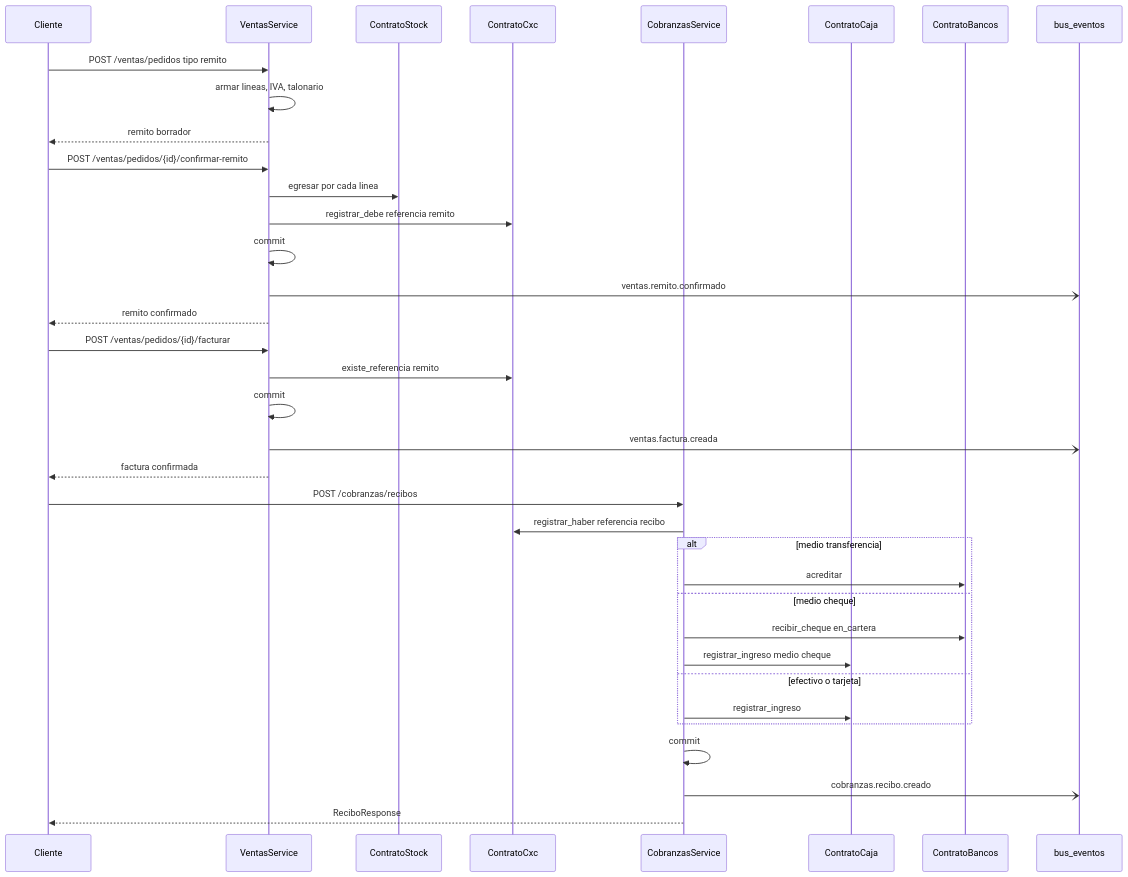
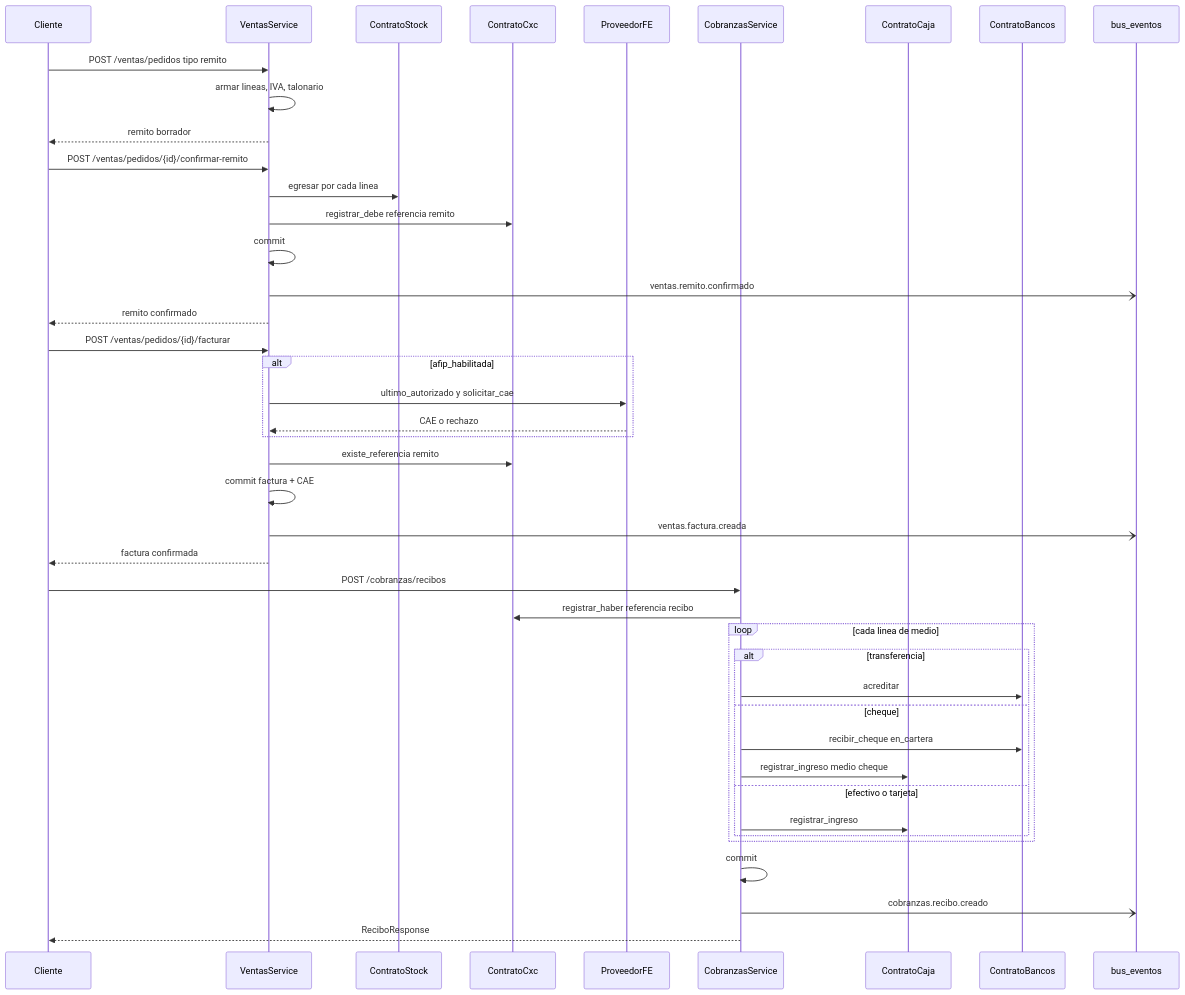
The diagram in docs/diagramas/cadena-venta-cobro.md (estsan3/ventas360-api), drawn with Mermaid before and after one commit. The commit also changed other lines of this file and 10 other files, not shown here.

First line of the commit message:
docs: actualizar diagramas de secuencia por módulo

````diff
--- a/docs/diagramas/cadena-venta-cobro.md
+++ b/docs/diagramas/cadena-venta-cobro.md
@@ -8,42 +8,49 @@
 ```mermaid
 sequenceDiagram
     participant Cliente
     participant Ventas as VentasService
     participant Stock as ContratoStock
     participant Cxc as ContratoCxc
+    participant FE as ProveedorFE
     participant Cobranzas as CobranzasService
     participant Caja as ContratoCaja
     participant Bancos as ContratoBancos
     participant Bus as bus_eventos
 
     Cliente->>Ventas: POST /ventas/pedidos tipo remito
     Ventas->>Ventas: armar lineas, IVA, talonario
     Ventas-->>Cliente: remito borrador
 
     Cliente->>Ventas: POST /ventas/pedidos/{id}/confirmar-remito
     Ventas->>Stock: egresar por cada linea
     Ventas->>Cxc: registrar_debe referencia remito
     Ventas->>Ventas: commit
     Ventas-)Bus: ventas.remito.confirmado
     Ventas-->>Cliente: remito confirmado
 
     Cliente->>Ventas: POST /ventas/pedidos/{id}/facturar
+    alt afip_habilitada
+        Ventas->>FE: ultimo_autorizado y solicitar_cae
+        FE-->>Ventas: CAE o rechazo
+    end
     Ventas->>Cxc: existe_referencia remito
-    Ventas->>Ventas: commit
+    Ventas->>Ventas: commit factura + CAE
     Ventas-)Bus: ventas.factura.creada
     Ventas-->>Cliente: factura confirmada
 
     Cliente->>Cobranzas: POST /cobranzas/recibos
     Cobranzas->>Cxc: registrar_haber referencia recibo
-    alt medio transferencia
-        Cobranzas->>Bancos: acreditar
-    else medio cheque
-        Cobranzas->>Bancos: recibir_cheque en_cartera
-        Cobranzas->>Caja: registrar_ingreso medio cheque
-    else efectivo o tarjeta
-        Cobranzas->>Caja: registrar_ingreso
+    loop cada linea de medio
+        alt transferencia
+            Cobranzas->>Bancos: acreditar
+        else cheque
+            Cobranzas->>Bancos: recibir_cheque en_cartera
+            Cobranzas->>Caja: registrar_ingreso medio cheque
+        else efectivo o tarjeta
+            Cobranzas->>Caja: registrar_ingreso
+        end
     end
     Cobranzas->>Cobranzas: commit
     Cobranzas-)Bus: cobranzas.recibo.creado
     Cobranzas-->>Cliente: ReciboResponse
 ```
````
